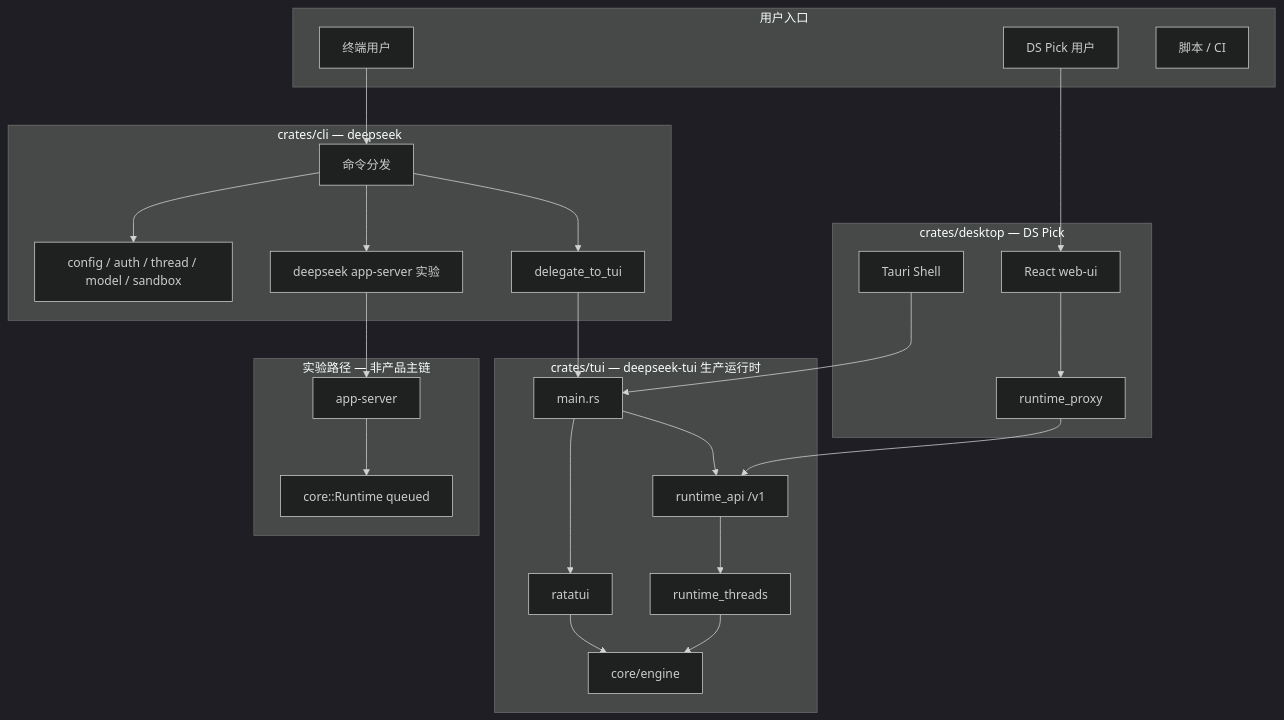
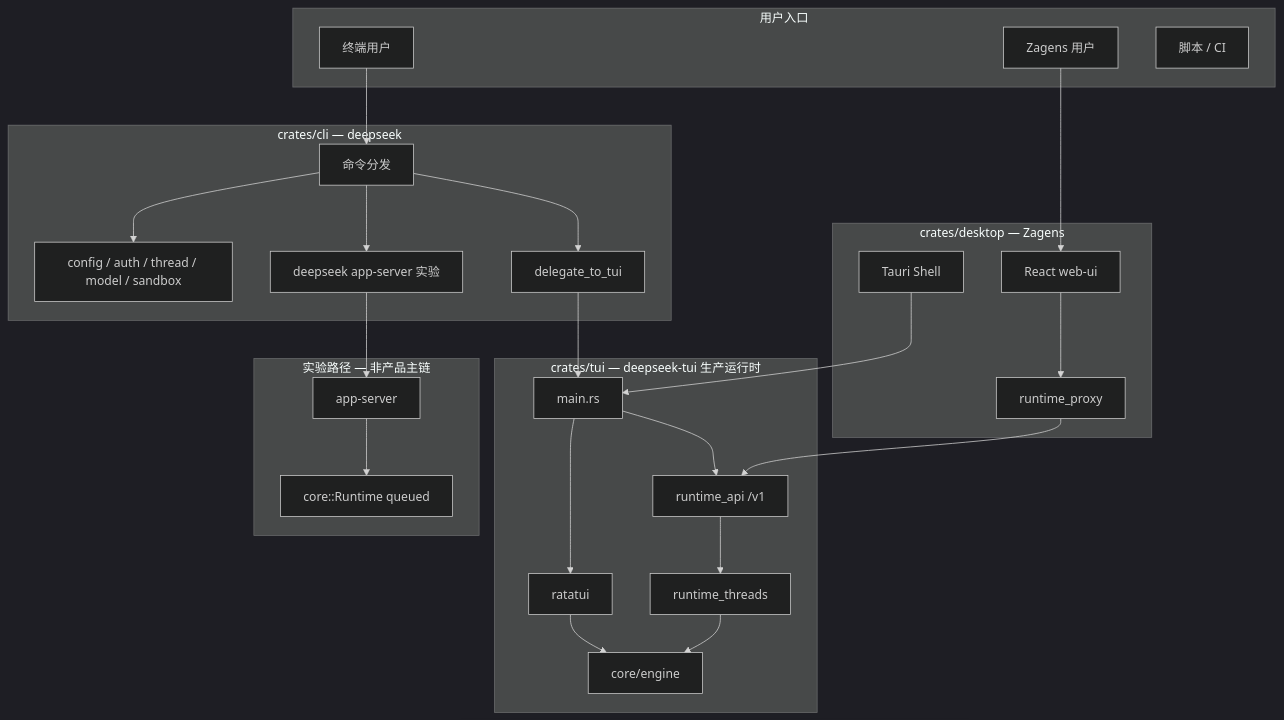
The first of 3 diagrams in docs/tech/RUNTIME_ARCHITECTURE.md (didclawapp-ai/zagens), drawn with Mermaid (dark theme) before and after one commit. The commit also changed 104 other files, not shown here.

First line of the commit message:
Rebrand desktop product from DS Pick to Zagens.

````diff
--- a/docs/tech/RUNTIME_ARCHITECTURE.md
+++ b/docs/tech/RUNTIME_ARCHITECTURE.md
@@ -19,48 +19,48 @@
 ```mermaid
 flowchart TB
   subgraph users [用户入口]
     U1[终端用户]
-    U2[DS Pick 用户]
+    U2[Zagens 用户]
     U3[脚本 / CI]
   end
 
   subgraph cli_pkg ["crates/cli — deepseek"]
     CLI_DISPATCH[命令分发]
     CLI_MGMT[config / auth / thread / model / sandbox]
     CLI_APPSRV["deepseek app-server 实验"]
     CLI_DELEGATE["delegate_to_tui"]
   end
 
-  subgraph desktop_pkg ["crates/desktop — DS Pick"]
+  subgraph desktop_pkg ["crates/desktop — Zagens"]
     TAURI[Tauri Shell]
     WEB[React web-ui]
     PROXY[runtime_proxy]
   end
 
   subgraph tui_bin ["crates/tui — deepseek-tui 生产运行时"]
     MAIN[main.rs]
     TUI_UI[ratatui]
     RT_API[runtime_api /v1]
     RT_THREADS[runtime_threads]
     ENGINE[core/engine]
   end
 
   subgraph exp [实验路径 — 非产品主链]
     APP_SRV[app-server]
     CORE_RT[core::Runtime queued]
   end
 
   U1 --> CLI_DISPATCH
   U2 --> WEB
   CLI_DISPATCH --> CLI_DELEGATE
   CLI_DISPATCH --> CLI_MGMT
   CLI_DISPATCH --> CLI_APPSRV
   CLI_DELEGATE --> MAIN
   CLI_APPSRV --> APP_SRV --> CORE_RT
   WEB --> PROXY --> RT_API
   TAURI --> MAIN
   MAIN --> TUI_UI
   MAIN --> RT_API
   RT_API --> RT_THREADS --> ENGINE
   TUI_UI --> ENGINE
 ```
````
